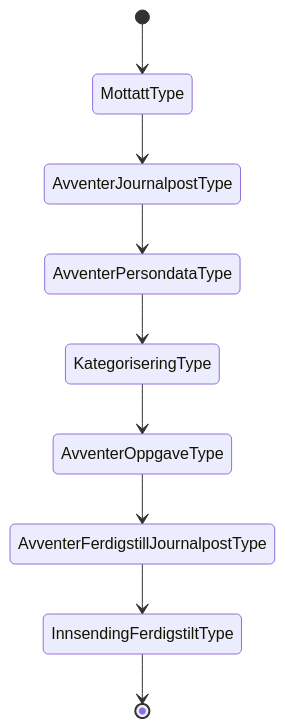
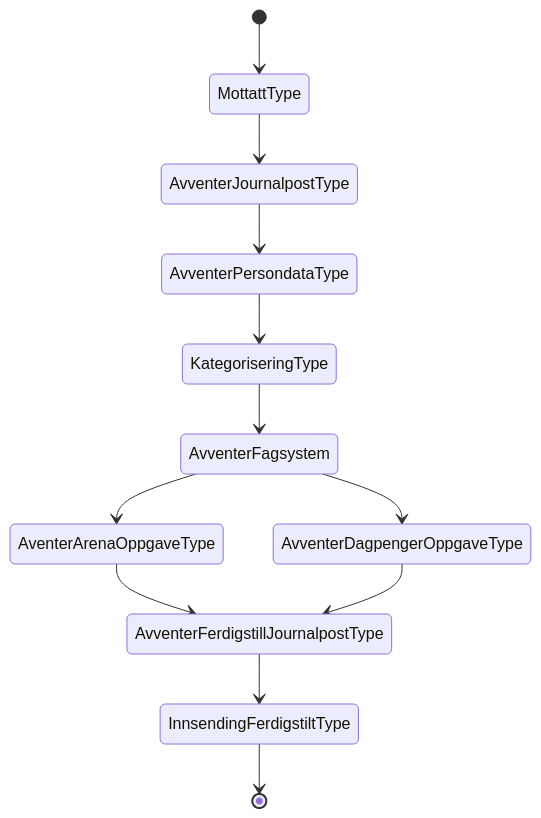
Before and after one commit to navikt/dp-mottak: the diagram in docs/arkitektur/tilstander/NAV 90-00.08.approved.md, drawn with Mermaid. The commit also changed 50 other files, not shown here.

````diff
--- a/docs/arkitektur/tilstander/NAV 90-00.08.approved.md
+++ b/docs/arkitektur/tilstander/NAV 90-00.08.approved.md
@@ -3,11 +3,14 @@
 ```mermaid
    stateDiagram
    [*]-->MottattType
    	MottattType --> AvventerJournalpostType
 	AvventerJournalpostType --> AvventerPersondataType
 	AvventerPersondataType --> KategoriseringType
-	KategoriseringType --> AvventerOppgaveType
-	AvventerOppgaveType --> AvventerFerdigstillJournalpostType
+	KategoriseringType --> AvventerFagsystem
+    AvventerFagsystem --> AventerArenaOppgaveType
+    AvventerFagsystem --> AvventerDagpengerOppgaveType
+    AventerArenaOppgaveType --> AvventerFerdigstillJournalpostType
+    AvventerDagpengerOppgaveType --> AvventerFerdigstillJournalpostType
 	AvventerFerdigstillJournalpostType --> InnsendingFerdigstiltType
    InnsendingFerdigstiltType--> [*]    
 ```
````
